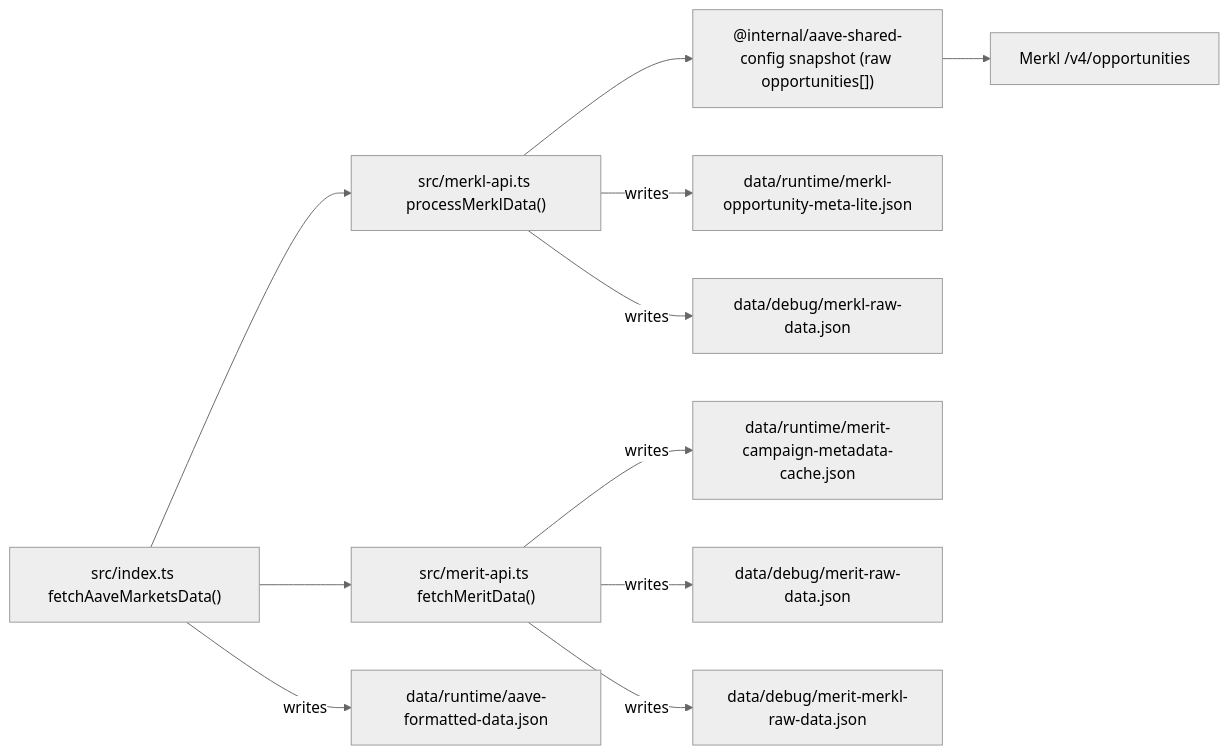
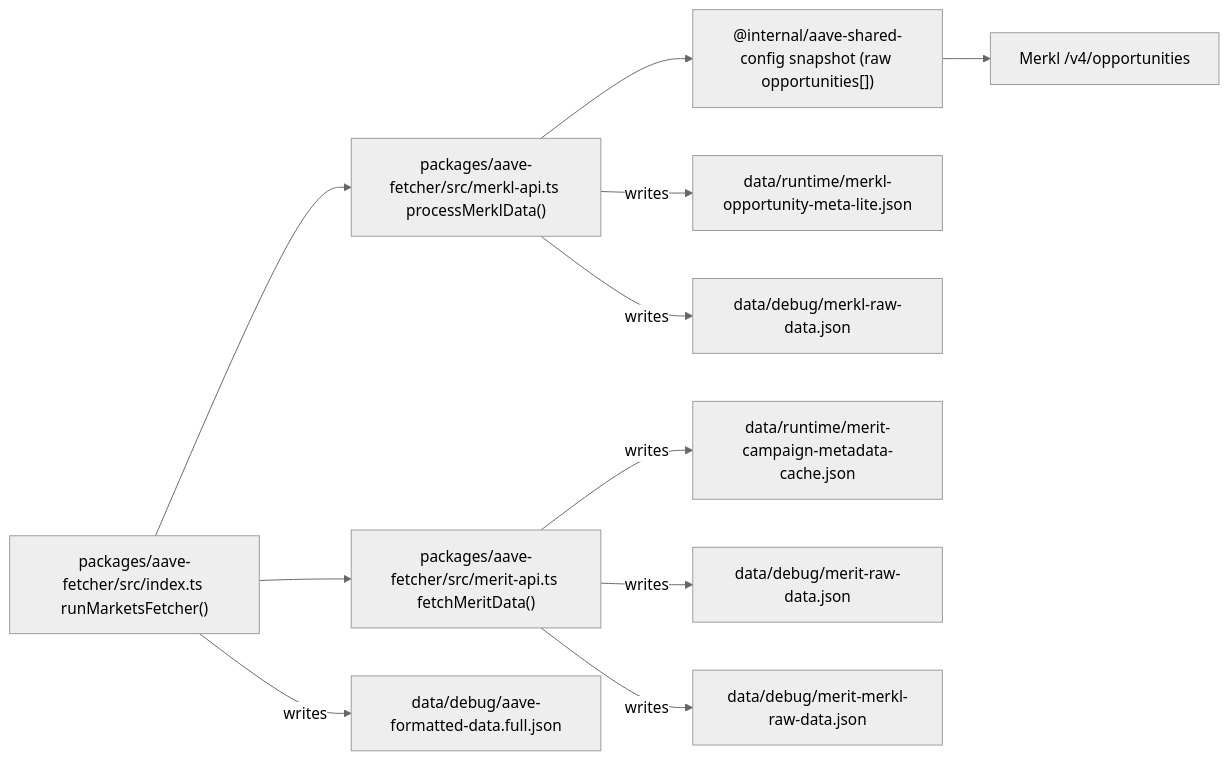
One commit to 0xPabloLI/aave-protocol-analysis changed the second of 5 diagrams in docs/merkl-merit-cache-architecture.md. Above: the diagram before and after it, drawn with Mermaid (neutral theme). The commit also changed other lines of this file and 352 other files, not shown here.

````diff
--- a/docs/merkl-merit-cache-architecture.md
+++ b/docs/merkl-merit-cache-architecture.md
@@ -50,13 +61,13 @@
 ```mermaid
 flowchart LR
-  A["src/index.ts fetchAaveMarketsData()"] --> B["src/merkl-api.ts processMerklData()"]
+  A["packages/aave-fetcher/src/index.ts runMarketsFetcher()"] --> B["packages/aave-fetcher/src/merkl-api.ts processMerklData()"]
   B --> C["@internal/aave-shared-config snapshot (raw opportunities[])"]
   C --> D["Merkl /v4/opportunities"]
   B -- "writes" --> E["data/runtime/merkl-opportunity-meta-lite.json"]
   B -- "writes" --> F["data/debug/merkl-raw-data.json"]
-  A --> G["src/merit-api.ts fetchMeritData()"]
+  A --> G["packages/aave-fetcher/src/merit-api.ts fetchMeritData()"]
   G -- "writes" --> H["data/runtime/merit-campaign-metadata-cache.json"]
   G -- "writes" --> I["data/debug/merit-raw-data.json"]
   G -- "writes" --> J["data/debug/merit-merkl-raw-data.json"]
-  A -- "writes" --> K["data/runtime/aave-formatted-data.json"]
+   A -- "writes" --> K["data/debug/aave-formatted-data.full.json"]
 ```
````
